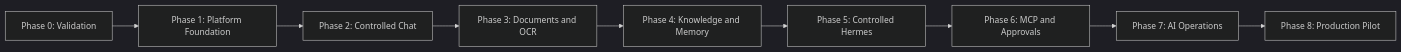
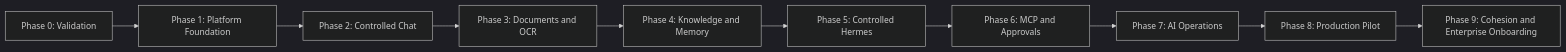
Before and after one commit to multichainerz/AI: the diagram in docs/AIHUB_PHASED_PLAN.md, drawn with Mermaid (dark theme). The commit also changed other lines of this file and 88 other files, not shown here.

````diff
--- a/docs/AIHUB_PHASED_PLAN.md
+++ b/docs/AIHUB_PHASED_PLAN.md
@@ -29,11 +30,12 @@
 ```mermaid
 flowchart LR
     P0["Phase 0: Validation"] --> P1["Phase 1: Platform Foundation"]
     P1 --> P2["Phase 2: Controlled Chat"]
     P2 --> P3["Phase 3: Documents and OCR"]
     P3 --> P4["Phase 4: Knowledge and Memory"]
     P4 --> P5["Phase 5: Controlled Hermes"]
     P5 --> P6["Phase 6: MCP and Approvals"]
     P6 --> P7["Phase 7: AI Operations"]
     P7 --> P8["Phase 8: Production Pilot"]
+    P8 --> P9["Phase 9: Cohesion and Enterprise Onboarding"]
 ```
````
